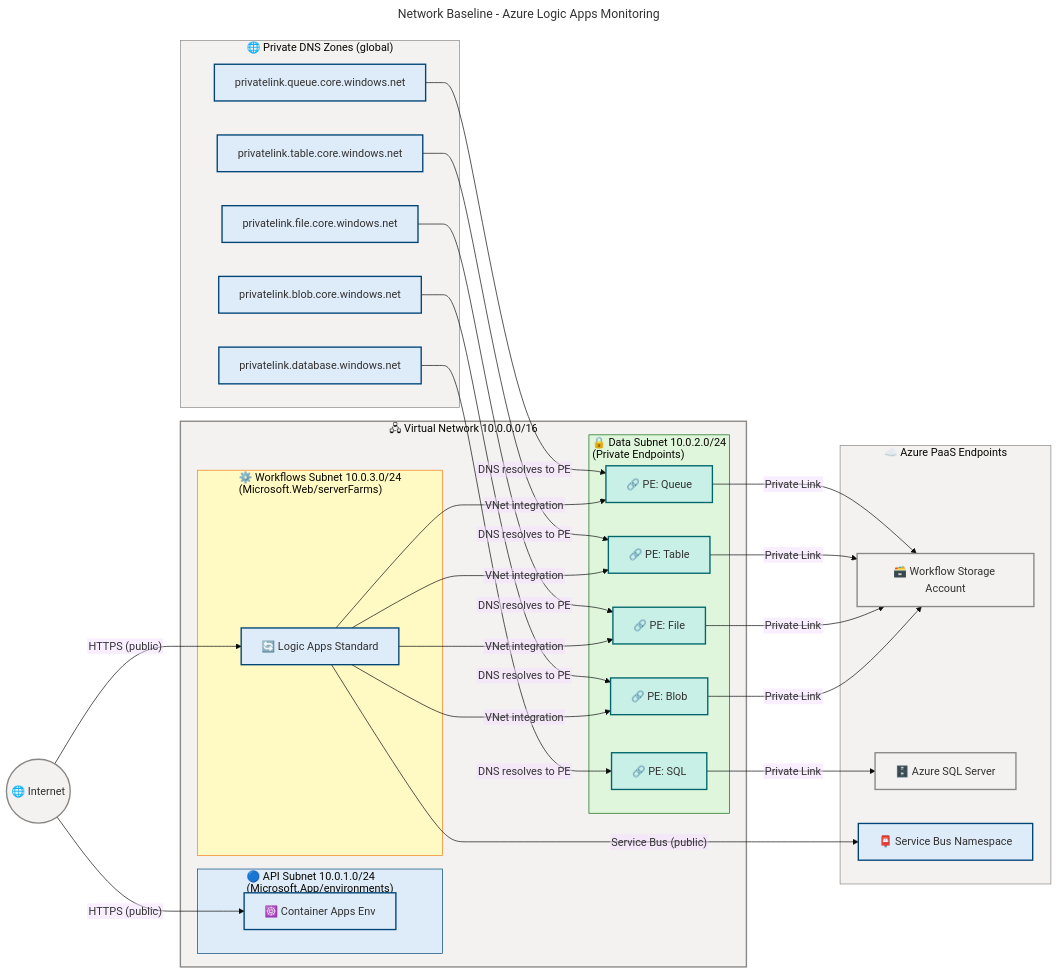
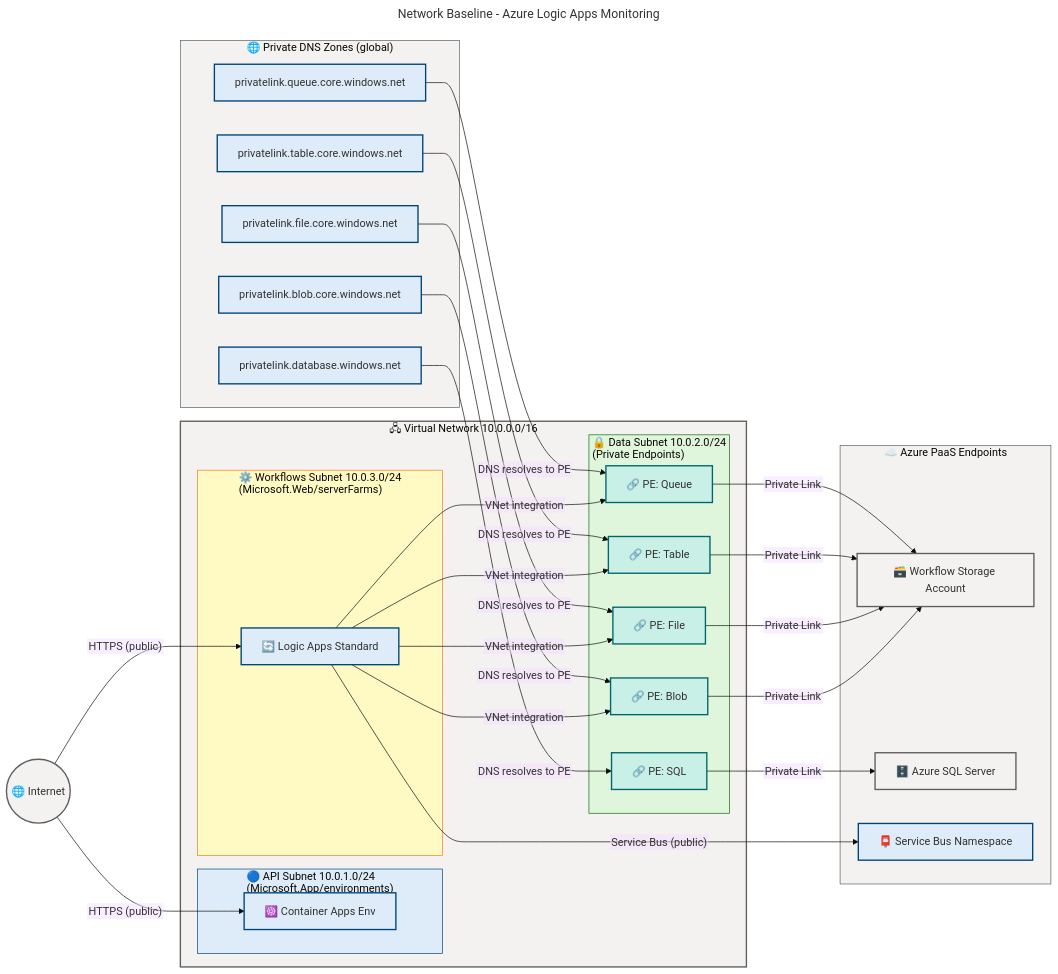
Before and after one commit to Evilazaro/Azure-LogicApps-Monitoring: the second of 3 diagrams in docs/architecture/Technology-Layer-Architecture.md, drawn with Mermaid. The commit also changed other lines of this file and 3 other files, not shown here.

Commit message:
docs: update neutral grey color definitions in architecture diagrams for improved consistency

```diff
--- a/docs/architecture/Technology-Layer-Architecture.md
+++ b/docs/architecture/Technology-Layer-Architecture.md
@@ -291,17 +291,17 @@
     DNSSQL -->|"DNS resolves to PE"| PESQL
     LANode -->|"Service Bus (public)"| SBNSNode
 
-    style VNetBlock fill:#F3F2F1,stroke:#8A8886,stroke-width:2px,color:#323130
+    style VNetBlock fill:#F3F2F1,stroke:#605E5C,stroke-width:2px,color:#323130
     style ApiSub fill:#DEECF9,stroke:#004578,stroke-width:1px,color:#323130
     style WfSub fill:#FFF9C4,stroke:#F57F17,stroke-width:1px,color:#323130
     style DataSub fill:#DFF6DD,stroke:#0B6A0B,stroke-width:1px,color:#323130
-    style PrivDNS fill:#F3F2F1,stroke:#8A8886,stroke-width:1px,color:#323130
-    style PaaSServices fill:#F3F2F1,stroke:#8A8886,stroke-width:1px,color:#323130
+    style PrivDNS fill:#F3F2F1,stroke:#605E5C,stroke-width:1px,color:#323130
+    style PaaSServices fill:#F3F2F1,stroke:#605E5C,stroke-width:1px,color:#323130
 
     classDef azureBlue fill:#DEECF9,stroke:#004578,stroke-width:2px,color:#323130
     classDef successGreen fill:#DFF6DD,stroke:#0B6A0B,stroke-width:2px,color:#323130
     classDef presenceTeal fill:#C8F0E7,stroke:#00666B,stroke-width:2px,color:#323130
-    classDef neutralGrey fill:#F3F2F1,stroke:#8A8886,stroke-width:2px,color:#323130
+    classDef neutralGrey fill:#F3F2F1,stroke:#605E5C,stroke-width:2px,color:#323130
 
     class Internet neutralGrey
     class CAENode,LANode azureBlue
```
